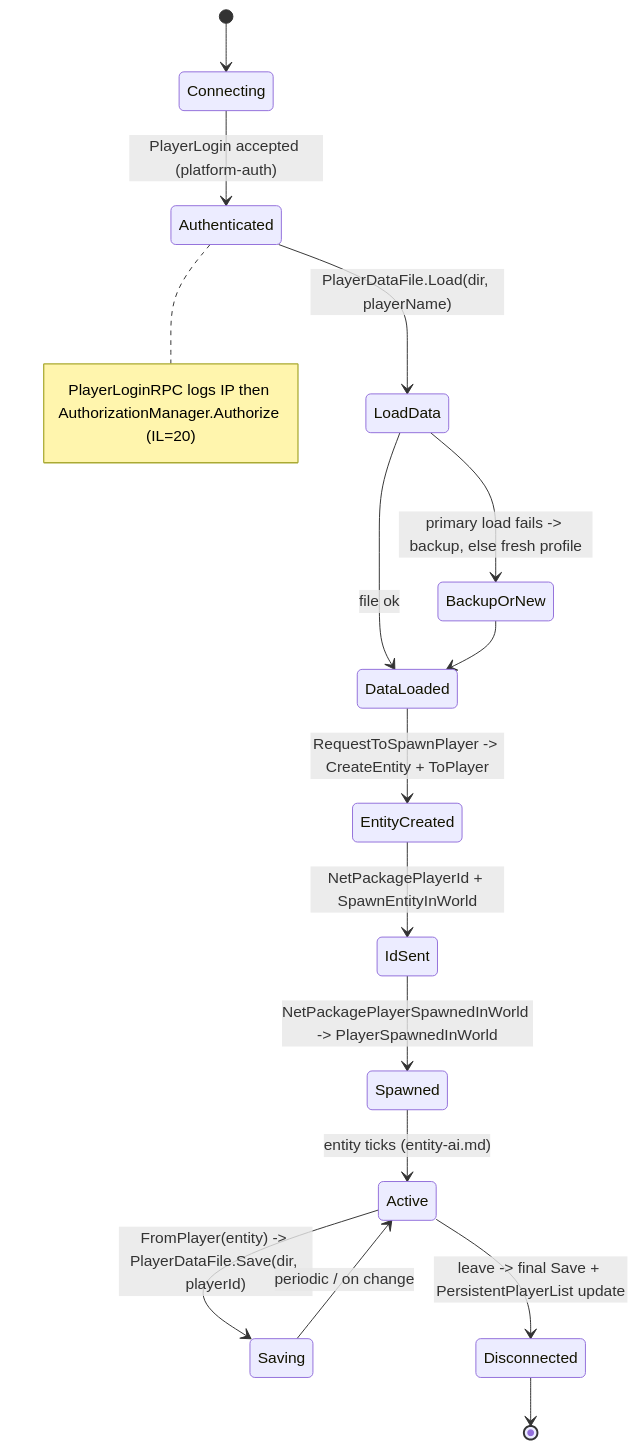
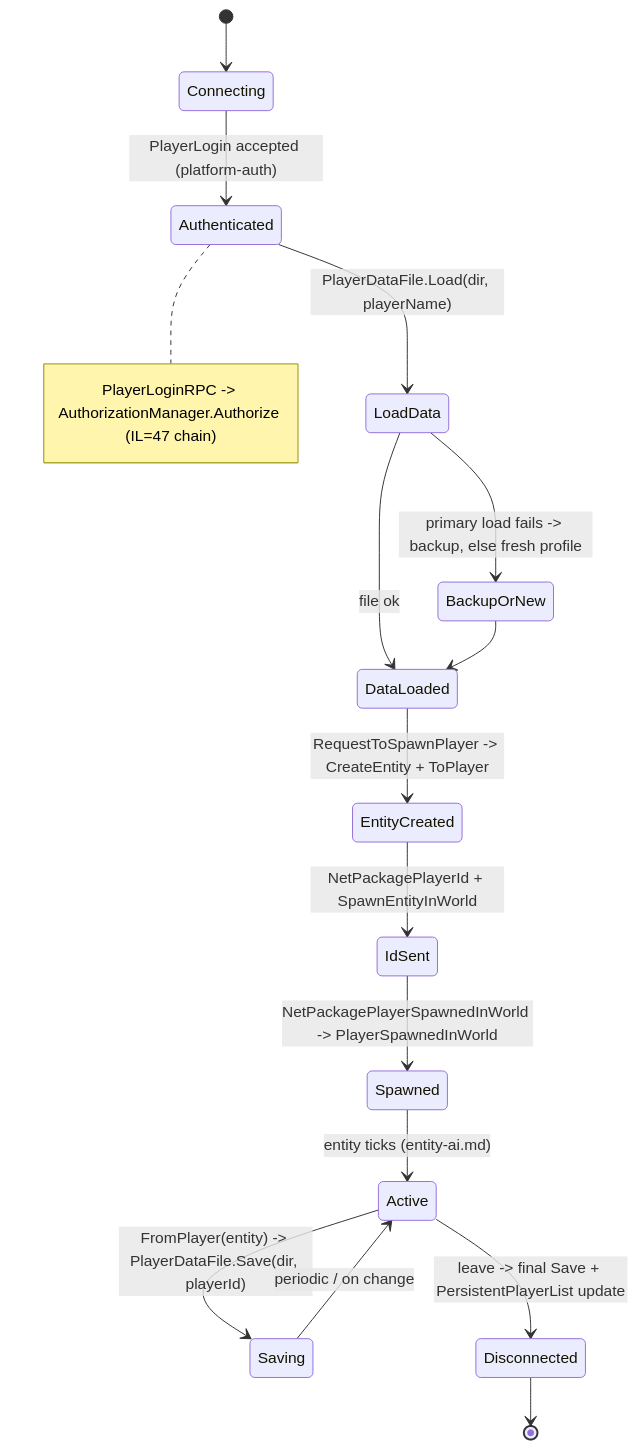
The third of 4 diagrams in docs/server-lifecycle.md (hordeforge/7dtd-engine-research), drawn with Mermaid before and after one commit. The commit also changed other lines of this file and 5 other files, not shown here.

````diff
--- a/docs/server-lifecycle.md
+++ b/docs/server-lifecycle.md
@@ -105,18 +105,18 @@
 ```mermaid
 stateDiagram-v2
   [*] --> Connecting
   Connecting --> Authenticated: PlayerLogin accepted (platform-auth)
-  note right of Authenticated: PlayerLoginRPC logs IP then AuthorizationManager.Authorize (IL=20)
+  note right of Authenticated: PlayerLoginRPC -> AuthorizationManager.Authorize (IL=47 chain)
   Authenticated --> LoadData: PlayerDataFile.Load(dir, playerName)
   LoadData --> DataLoaded: file ok
   LoadData --> BackupOrNew: primary load fails -> backup, else fresh profile
   BackupOrNew --> DataLoaded
   DataLoaded --> EntityCreated: RequestToSpawnPlayer -> CreateEntity + ToPlayer
   EntityCreated --> IdSent: NetPackagePlayerId + SpawnEntityInWorld
   IdSent --> Spawned: NetPackagePlayerSpawnedInWorld -> PlayerSpawnedInWorld
   Spawned --> Active: entity ticks (entity-ai.md)
   Active --> Saving: FromPlayer(entity) -> PlayerDataFile.Save(dir, playerId)
   Saving --> Active: periodic / on change
   Active --> Disconnected: leave -> final Save + PersistentPlayerList update
   Disconnected --> [*]
 ```
````
